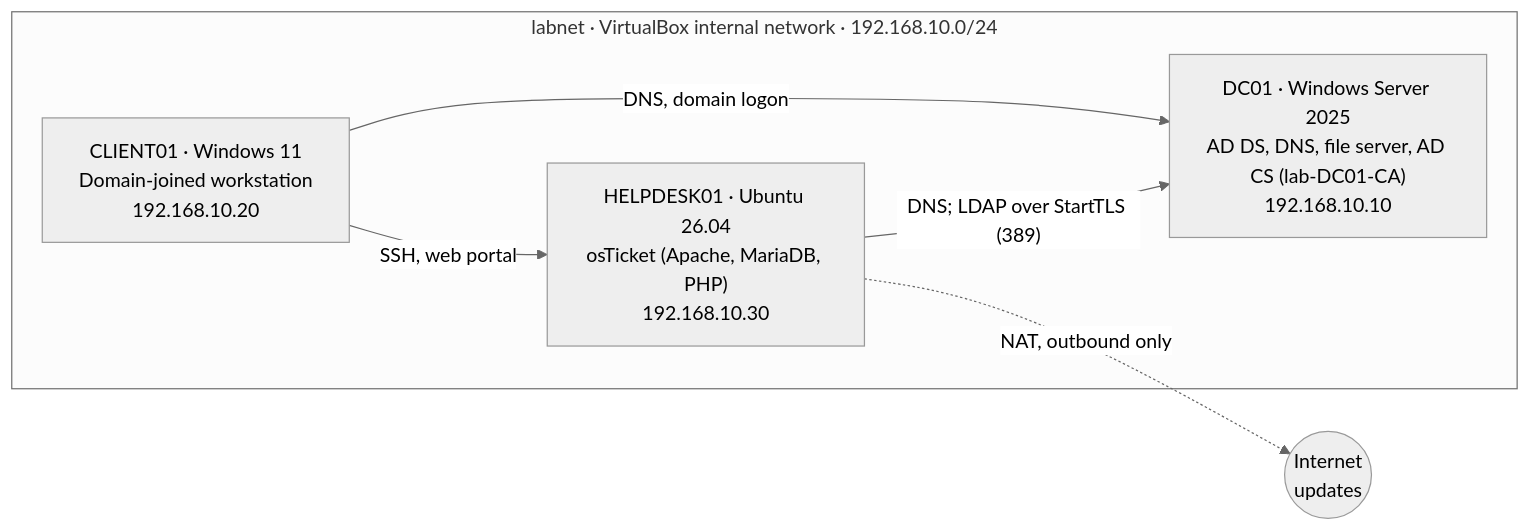
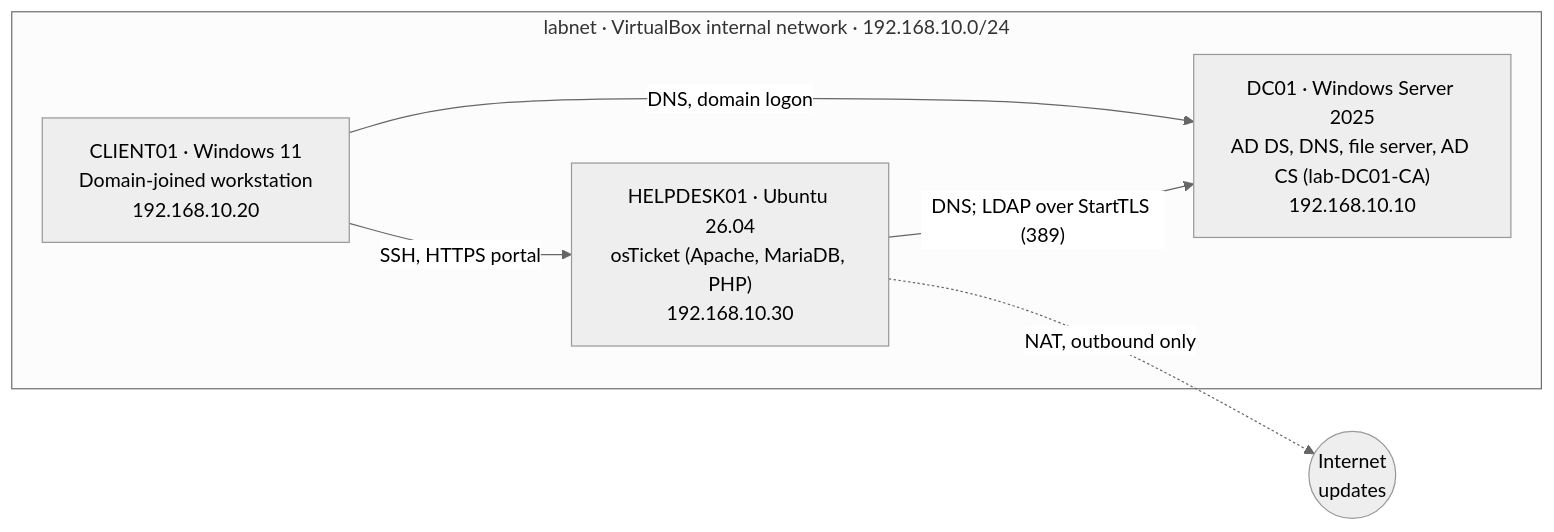
One commit to ZachryRamkissoon/ad-helpdesk-homelab changed the diagram in README.md. Above: the diagram before and after it, drawn with Mermaid (neutral theme). The commit also changed other lines of this file and 9 other files, not shown here.

````diff
--- a/README.md
+++ b/README.md
@@ -30,12 +30,12 @@
 ```mermaid
 flowchart LR
   subgraph labnet["labnet · VirtualBox internal network · 192.168.10.0/24"]
     DC01["DC01 · Windows Server 2025<br/>AD DS, DNS, file server, AD CS (lab-DC01-CA)<br/>192.168.10.10"]
     CLIENT01["CLIENT01 · Windows 11<br/>Domain-joined workstation<br/>192.168.10.20"]
     HD["HELPDESK01 · Ubuntu 26.04<br/>osTicket (Apache, MariaDB, PHP)<br/>192.168.10.30"]
   end
   CLIENT01 -- "DNS, domain logon" --> DC01
   HD -- "DNS; LDAP over StartTLS (389)" --> DC01
-  CLIENT01 -- "SSH, web portal" --> HD
+  CLIENT01 -- "SSH, HTTPS portal" --> HD
   HD -. "NAT, outbound only" .-> NET(("Internet<br/>updates"))
 ```
````
